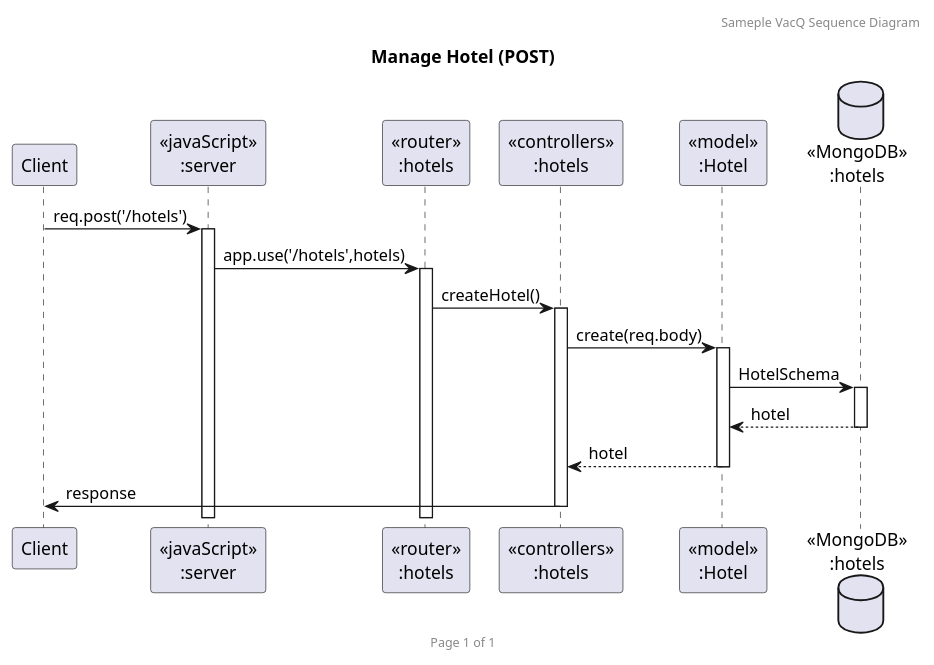
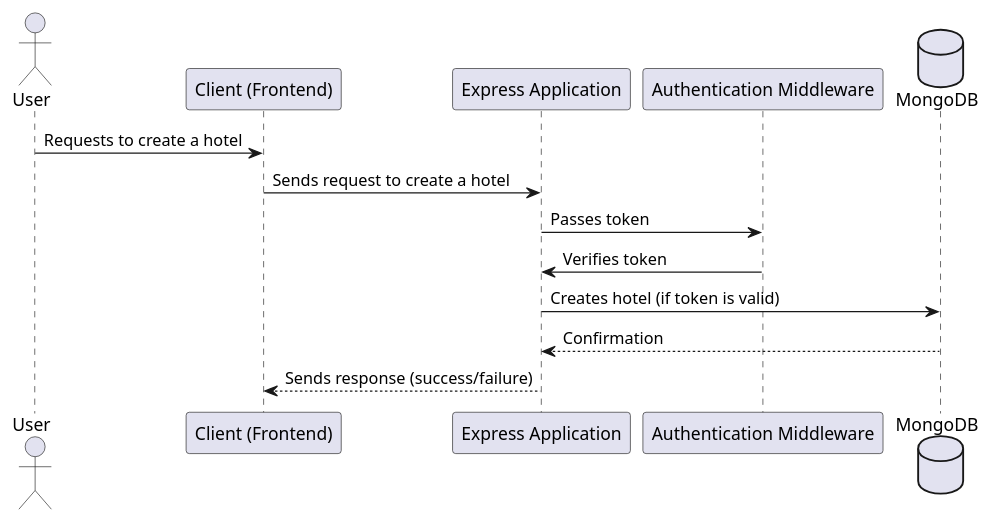
One commit to Peer2446/SW-DEV-PROG changed the diagram in UML/manageHotel.puml. Above: the diagram before and after it, drawn with PlantUML. The commit also changed 7 other files, not shown here.

Commit message:
edit all UML diagram

```diff
--- a/UML/manageHotel.puml
+++ b/UML/manageHotel.puml
@@ -1,23 +1,17 @@
-@startuml Manage Hotel (POST)
+@startuml
 
-header Sameple VacQ Sequence Diagram
-footer Page %page% of %lastpage%
-title "Manage Hotel (POST)"
+actor User as User
+participant "Client (Frontend)" as Client
+participant "Express Application" as Server
+participant "Authentication Middleware" as AuthMiddleware
+database "MongoDB" as DB
 
-participant "Client" as client
-participant "<<javaScript>>\n:server" as server
-participant "<<router>>\n:hotels" as routerHotels
-participant "<<controllers>>\n:hotels" as controllersHotels
-participant "<<model>>\n:Hotel" as modelHotel
-database "<<MongoDB>>\n:hotels" as HotelsDatabase
-
-client->server ++:req.post('/hotels')
-server->routerHotels ++:app.use('/hotels',hotels)
-routerHotels -> controllersHotels ++:createHotel()
-controllersHotels->modelHotel ++:create(req.body)
-modelHotel ->HotelsDatabase ++: HotelSchema
-HotelsDatabase --> modelHotel --: hotel
-controllersHotels <-- modelHotel --:hotel
-controllersHotels->client --:response
+User -> Client: Requests to create a hotel
+Client -> Server: Sends request to create a hotel
+Server -> AuthMiddleware: Passes token
+AuthMiddleware -> Server: Verifies token
+Server -> DB: Creates hotel (if token is valid)
+DB --> Server: Confirmation
+Server --> Client: Sends response (success/failure)
 
 @enduml
```
